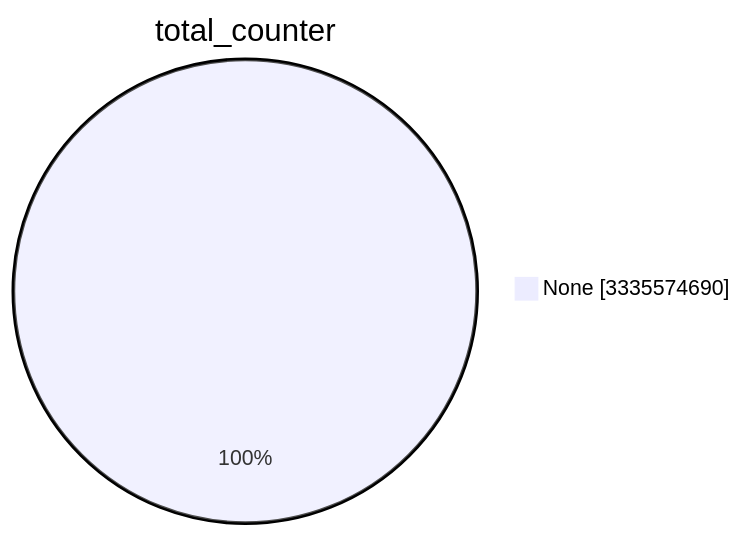
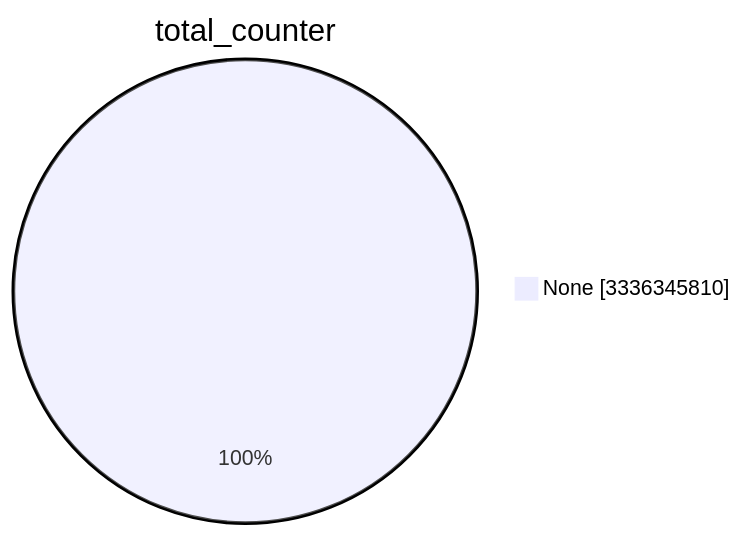
Before and after one commit to christiankrug/ctmonitor_visualization: the first of 15 diagrams in TOTAL/README.md, drawn with Mermaid. The commit also changed other lines of this file, not shown here.

````diff
--- a/TOTAL/README.md
+++ b/TOTAL/README.md
@@ -1,5 +1,5 @@
 ```mermaid
 pie showData
 title total_counter
-"None" :3335574690
+"None" :3336345810
 ```
````
